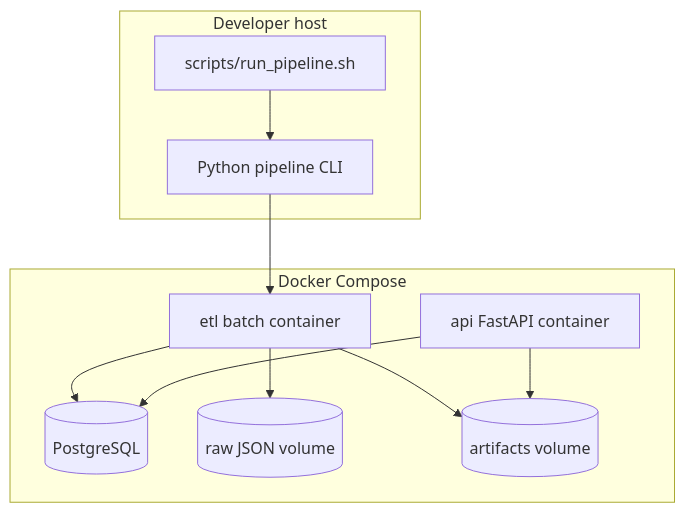
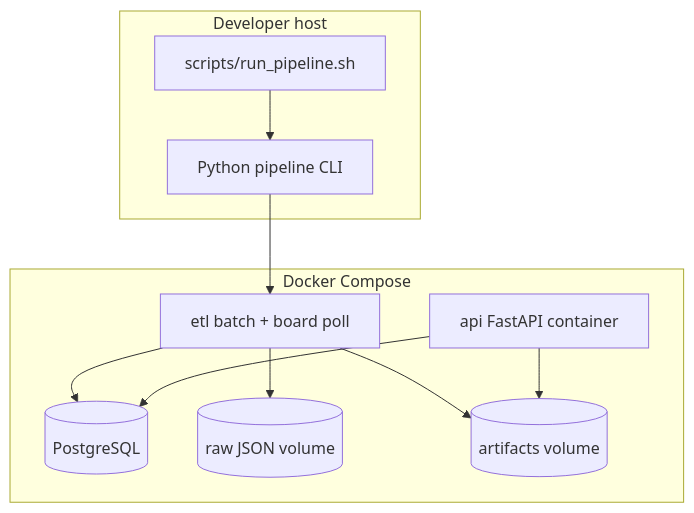
Before and after one commit to RoeeHadar/AthletIQ: the diagram in docs/04-architecture/diagrams/deployment.mmd, drawn with Mermaid. The commit also changed 84 other files, not shown here.

```diff
--- a/docs/04-architecture/diagrams/deployment.mmd
+++ b/docs/04-architecture/diagrams/deployment.mmd
@@ -1,19 +1,19 @@
 flowchart TB
   subgraph host [Developer host]
     Script[scripts/run_pipeline.sh]
     CLI[Python pipeline CLI]
   end
   subgraph compose [Docker Compose]
     PG[(PostgreSQL)]
-    ETL[etl batch container]
+    ETL[etl batch + board poll]
     API[api FastAPI container]
     RawVol[(raw JSON volume)]
     ArtVol[(artifacts volume)]
   end
   Script --> CLI
   CLI --> ETL
   ETL --> RawVol
   ETL --> PG
   ETL --> ArtVol
   API --> ArtVol
   API --> PG
```
